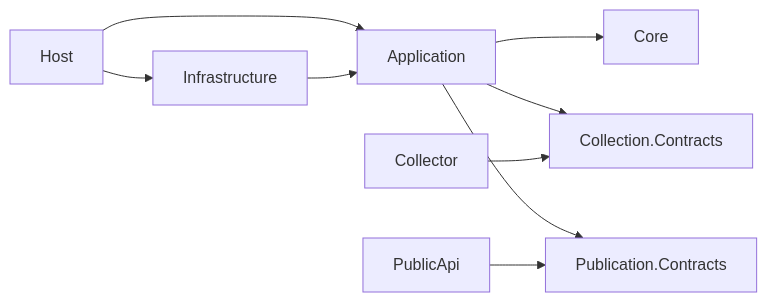
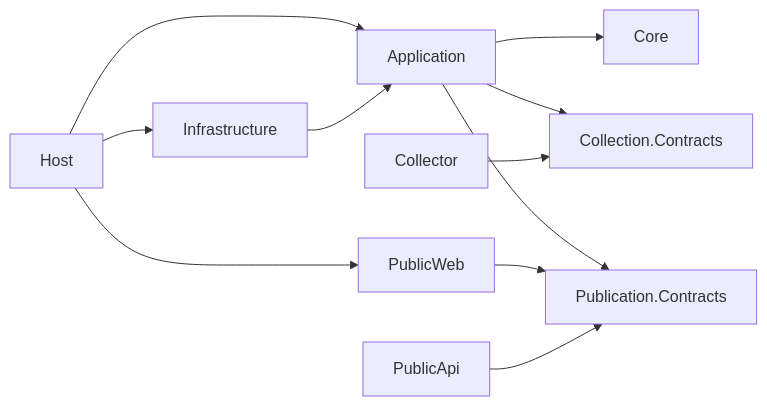
The second of 2 diagrams in docs/architecture.md (young-kobe/civic-lens), drawn with Mermaid before and after one commit. The commit also changed other lines of this file and 192 other files, not shown here.

First line of the commit message:
Move public Razor components into the PublicWeb library

````diff
--- a/docs/architecture.md
+++ b/docs/architecture.md
@@ -104,19 +105,22 @@
 ```mermaid
 flowchart LR
     host["Host"]
     infra["Infrastructure"]
     app["Application"]
     core["Core"]
     cc["Collection.Contracts"]
     pc["Publication.Contracts"]
+    web["PublicWeb"]
     api["PublicApi"]
     collector["Collector"]
     host --> app
     host --> infra
+    host --> web
     infra --> app
     app --> core
     app --> cc
     app --> pc
     collector --> cc
+    web --> pc
     api --> pc
 ```
````
